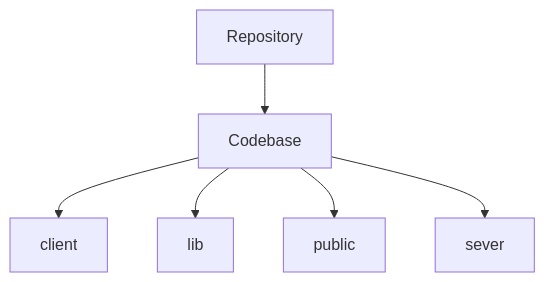
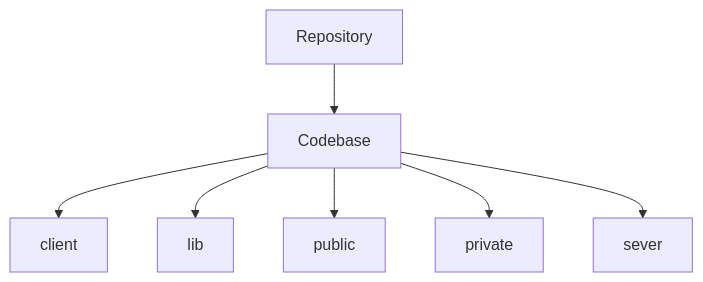
Before and after one commit to Zbeyer/Divine-Machinations: the second of 4 diagrams in README.md, drawn with Mermaid. The commit also changed other lines of this file, not shown here.

````diff
--- a/README.md
+++ b/README.md
@@ -81,9 +81,10 @@
 ```mermaid
 graph TD;
 
 Repository-->Codebase;
 Codebase-->client;
 Codebase-->lib;
 Codebase-->public;
+Codebase-->private;
 Codebase-->sever;
 ```
````
